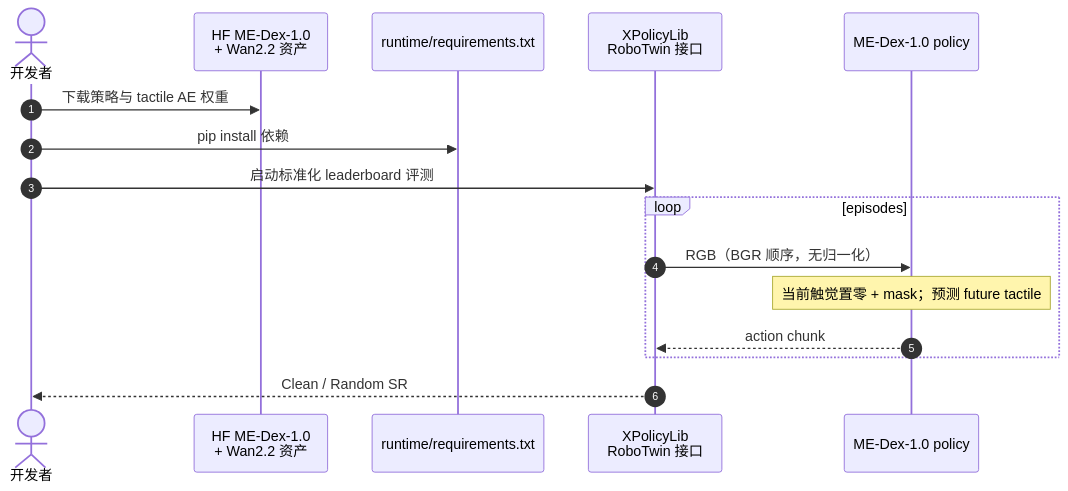
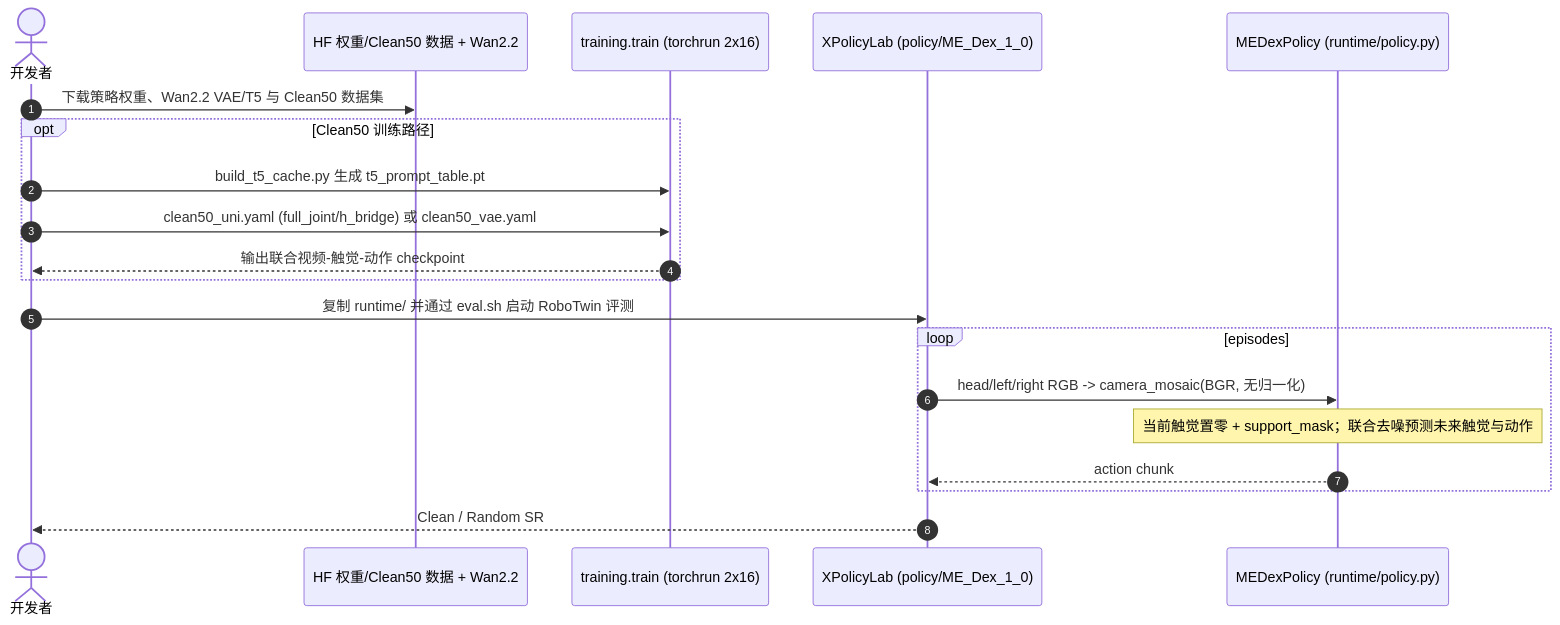
The second of 2 diagrams in wiki/entities/paper-me-dex-1-0.md (ImChong/Robotics_Notebooks), drawn with Mermaid before and after one commit. The commit also changed other lines of this file and 450 other files, not shown here.

Commit message:
[2026-11-22] ingest | sources/ & wiki/ — 补齐 33 家公司路线 165/167 节点一手原文通读、骨架与 Mermaid 图表至 3/3

````diff
--- a/wiki/entities/paper-me-dex-1-0.md
+++ b/wiki/entities/paper-me-dex-1-0.md
@@ -141,18 +149,22 @@
 ```mermaid
 sequenceDiagram
     autonumber
     actor Dev as 开发者
-    participant HF as HF ME-Dex-1.0<br/>+ Wan2.2 资产
-    participant RT as runtime/requirements.txt
-    participant XPL as XPolicyLib<br/>RoboTwin 接口
-    participant Pol as ME-Dex-1.0 policy
-    Dev->>HF: 下载策略与 tactile AE 权重
-    Dev->>RT: pip install 依赖
-    Dev->>XPL: 启动标准化 leaderboard 评测
+    participant HF as HF 权重/Clean50 数据 + Wan2.2
+    participant Train as training.train (torchrun 2x16)
+    participant XPL as XPolicyLab (policy/ME_Dex_1_0)
+    participant Pol as MEDexPolicy (runtime/policy.py)
+    Dev->>HF: 下载策略权重、Wan2.2 VAE/T5 与 Clean50 数据集
+    opt Clean50 训练路径
+        Dev->>Train: build_t5_cache.py 生成 t5_prompt_table.pt
+        Dev->>Train: clean50_uni.yaml (full_joint/h_bridge) 或 clean50_vae.yaml
+        Train-->>Dev: 输出联合视频-触觉-动作 checkpoint
+    end
+    Dev->>XPL: 复制 runtime/ 并通过 eval.sh 启动 RoboTwin 评测
     loop episodes
-        XPL->>Pol: RGB（BGR 顺序，无归一化）
-        Note over Pol: 当前触觉置零 + mask；预测 future tactile
+        XPL->>Pol: head/left/right RGB -> camera_mosaic(BGR, 无归一化)
+        Note over Pol: 当前触觉置零 + support_mask；联合去噪预测未来触觉与动作
         Pol-->>XPL: action chunk
     end
     XPL-->>Dev: Clean / Random SR
 ```
````
